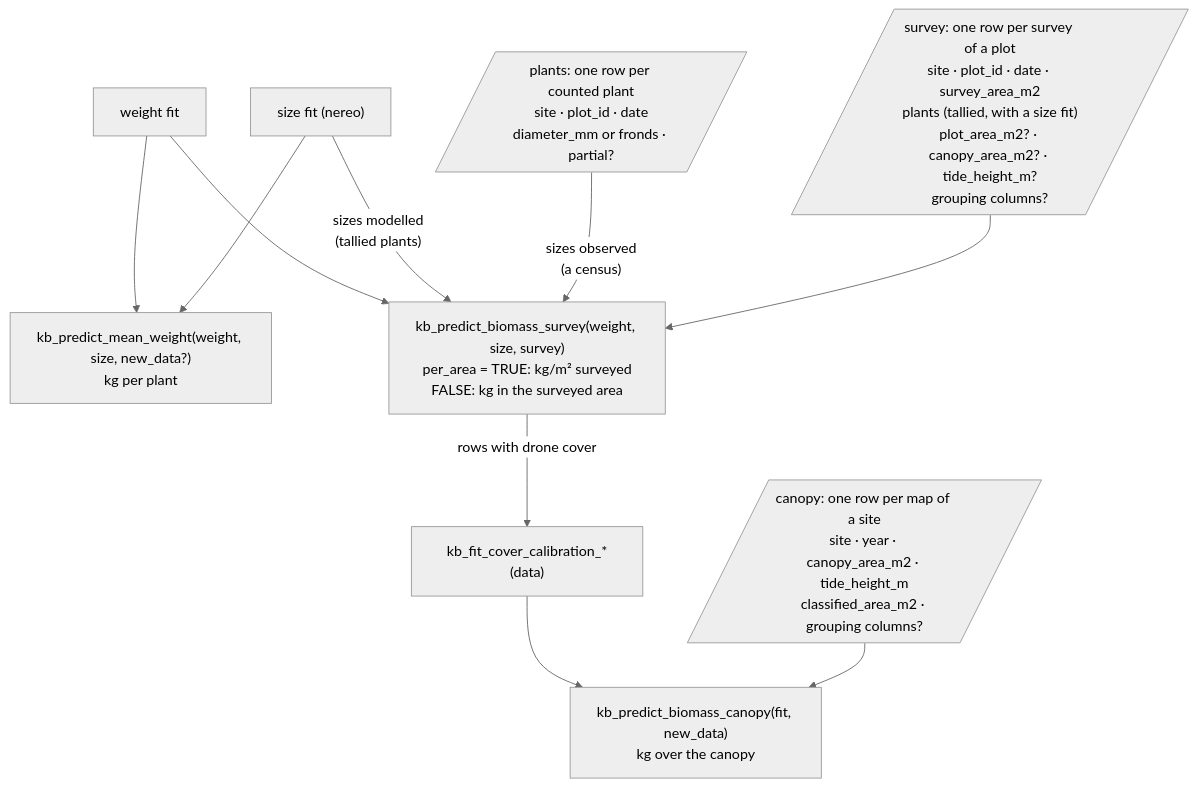
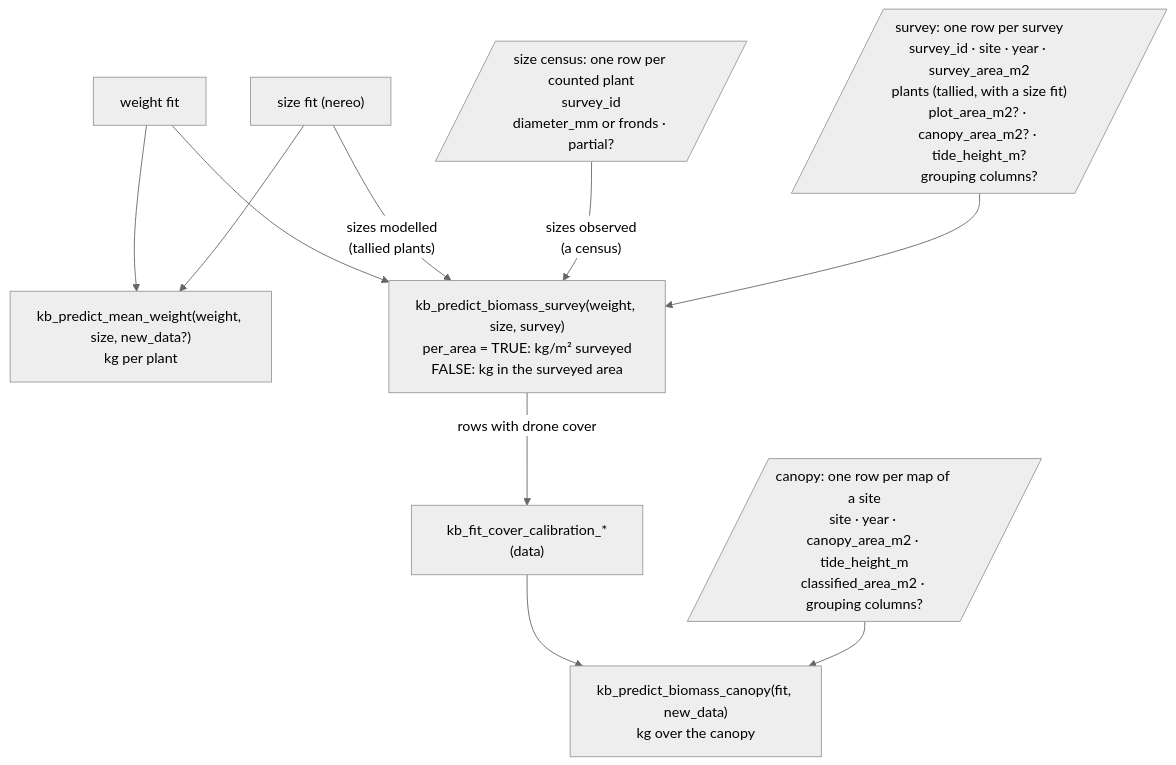
One commit to HakaiInstitute/kelpbio changed the second of 3 diagrams in decisions/architecture.md. Above: the diagram before and after it, drawn with Mermaid (neutral theme). The commit also changed other lines of this file and 104 other files, not shown here.

First line of the commit message:
Key surveys by survey_id and take year instead of date

````diff
--- a/decisions/architecture.md
+++ b/decisions/architecture.md
@@ -47,12 +47,12 @@
 ```mermaid
 flowchart TB
     FW["weight fit"] --> VMW
     FS["size fit (nereo)"] --> VMW["kb_predict_mean_weight(weight, size, new_data?)<br/>kg per plant"]
     FW --> VBP
     FS -->|"sizes modelled<br/>(tallied plants)"| VBP
-    DPL[/"plants: one row per counted plant<br/>site · plot_id · date<br/>diameter_mm or fronds · partial?"/] -->|"sizes observed<br/>(a census)"| VBP
-    DSU[/"survey: one row per survey of a plot<br/>site · plot_id · date · survey_area_m2<br/>plants (tallied, with a size fit)<br/>plot_area_m2? · canopy_area_m2? · tide_height_m?<br/>grouping columns?"/] --> VBP["kb_predict_biomass_survey(weight, size, survey)<br/>per_area = TRUE: kg/m² surveyed<br/>FALSE: kg in the surveyed area"]
+    DPL[/"size census: one row per counted plant<br/>survey_id<br/>diameter_mm or fronds · partial?"/] -->|"sizes observed<br/>(a census)"| VBP
+    DSU[/"survey: one row per survey<br/>survey_id · site · year · survey_area_m2<br/>plants (tallied, with a size fit)<br/>plot_area_m2? · canopy_area_m2? · tide_height_m?<br/>grouping columns?"/] --> VBP["kb_predict_biomass_survey(weight, size, survey)<br/>per_area = TRUE: kg/m² surveyed<br/>FALSE: kg in the surveyed area"]
     VBP -->|"rows with drone cover"| FCC["kb_fit_cover_calibration_*(data)"]
     FCC --> VCA["kb_predict_biomass_canopy(fit, new_data)<br/>kg over the canopy"]
     DCA[/"canopy: one row per map of a site<br/>site · year · canopy_area_m2 · tide_height_m<br/>classified_area_m2 · grouping columns?"/] --> VCA
 ```
````
